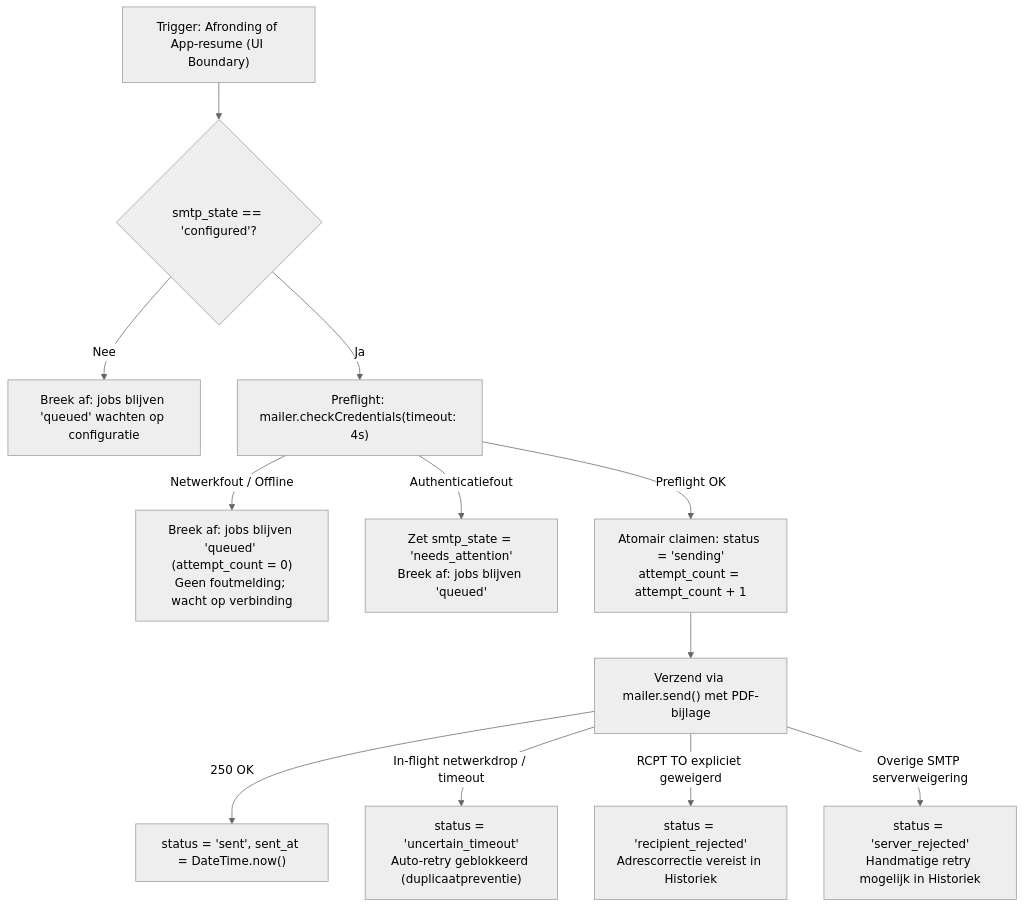
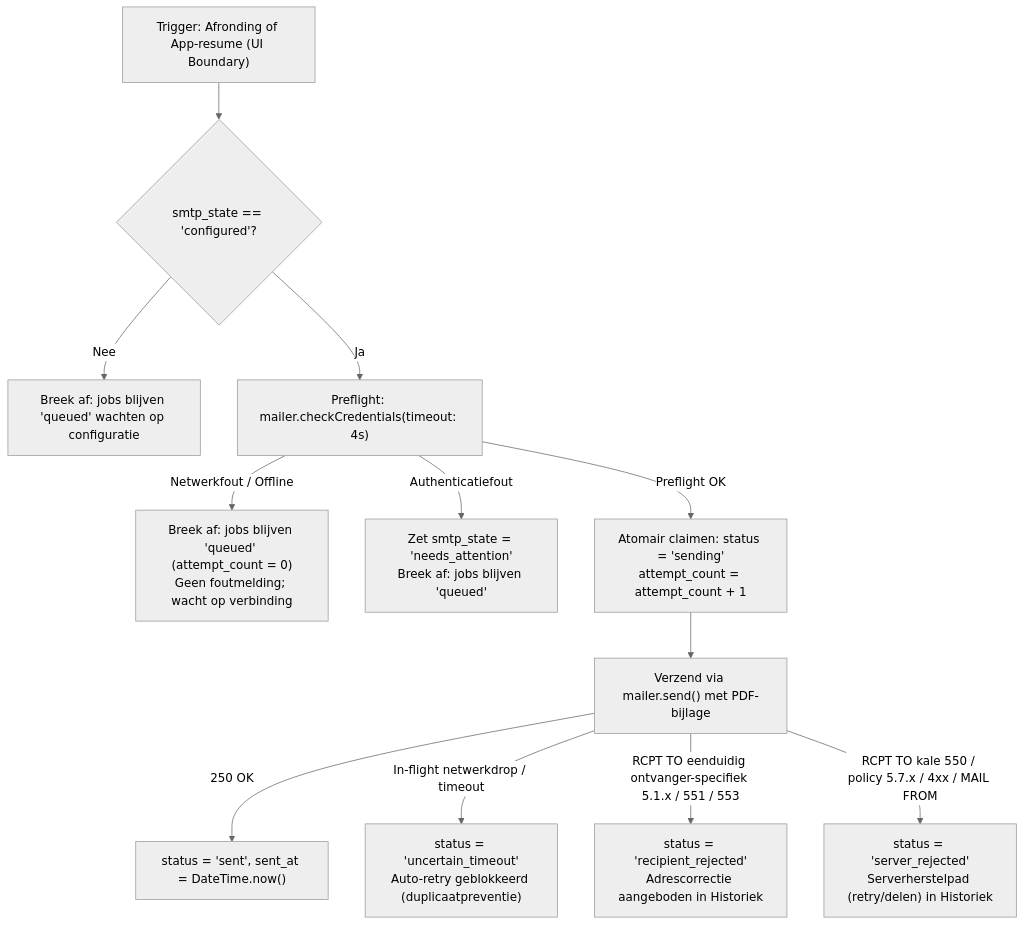
Before and after one commit to osrsmobiledev/hvac_V0.3: the third of 4 diagrams in doc/MASTER_EMAIL_DELIVERY_WORKFLOW.md, drawn with Mermaid (neutral theme). The commit also changed other lines of this file and 72 other files, not shown here.

Commit message:
feat: completed Slice 6.3 - offline outbox, history tracker, and tactical recipient flow

````diff
--- a/doc/MASTER_EMAIL_DELIVERY_WORKFLOW.md
+++ b/doc/MASTER_EMAIL_DELIVERY_WORKFLOW.md
@@ -82,14 +85,14 @@
 ```mermaid
 flowchart TD
     A["Trigger: Afronding of App-resume (UI Boundary)"] --> B{"smtp_state == 'configured'?"}
     B -->|Nee| C["Breek af: jobs blijven 'queued' wachten op configuratie"]
     B -->|Ja| D["Preflight: mailer.checkCredentials(timeout: 4s)"]
     D -->|Netwerkfout / Offline| E["Breek af: jobs blijven 'queued' (attempt_count = 0)\nGeen foutmelding; wacht op verbinding"]
     D -->|Authenticatiefout| F["Zet smtp_state = 'needs_attention'\nBreek af: jobs blijven 'queued'"]
     D -->|Preflight OK| G["Atomair claimen: status = 'sending'\nattempt_count = attempt_count + 1"]
     G --> H["Verzend via mailer.send() met PDF-bijlage"]
     H -->|250 OK| I["status = 'sent', sent_at = DateTime.now()"]
     H -->|In-flight netwerkdrop / timeout| J["status = 'uncertain_timeout'\nAuto-retry geblokkeerd (duplicaatpreventie)"]
-    H -->|RCPT TO expliciet geweigerd| K["status = 'recipient_rejected'\nAdrescorrectie vereist in Historiek"]
-    H -->|Overige SMTP serverweigering| L["status = 'server_rejected'\nHandmatige retry mogelijk in Historiek"]
+    H -->|RCPT TO eenduidig ontvanger-specifiek 5.1.x / 551 / 553| K["status = 'recipient_rejected'\nAdrescorrectie aangeboden in Historiek"]
+    H -->|RCPT TO kale 550 / policy 5.7.x / 4xx / MAIL FROM| L["status = 'server_rejected'\nServerherstelpad (retry/delen) in Historiek"]
 ```
````
